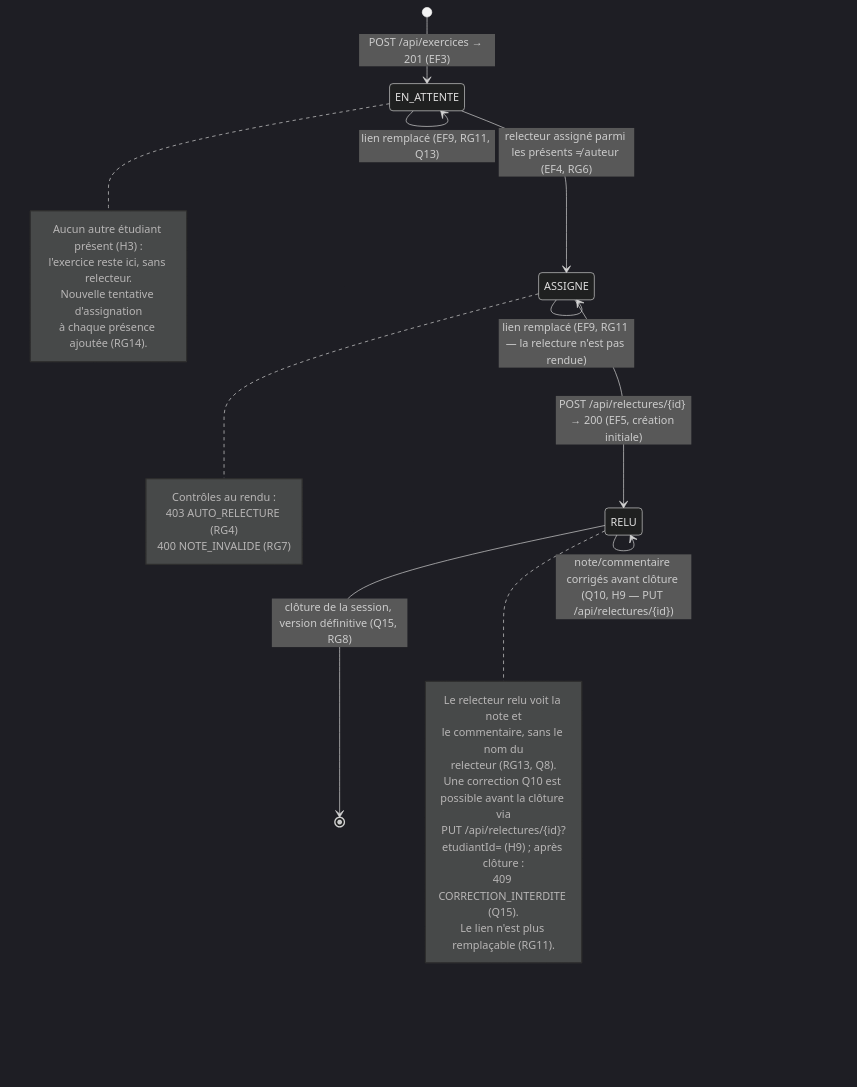
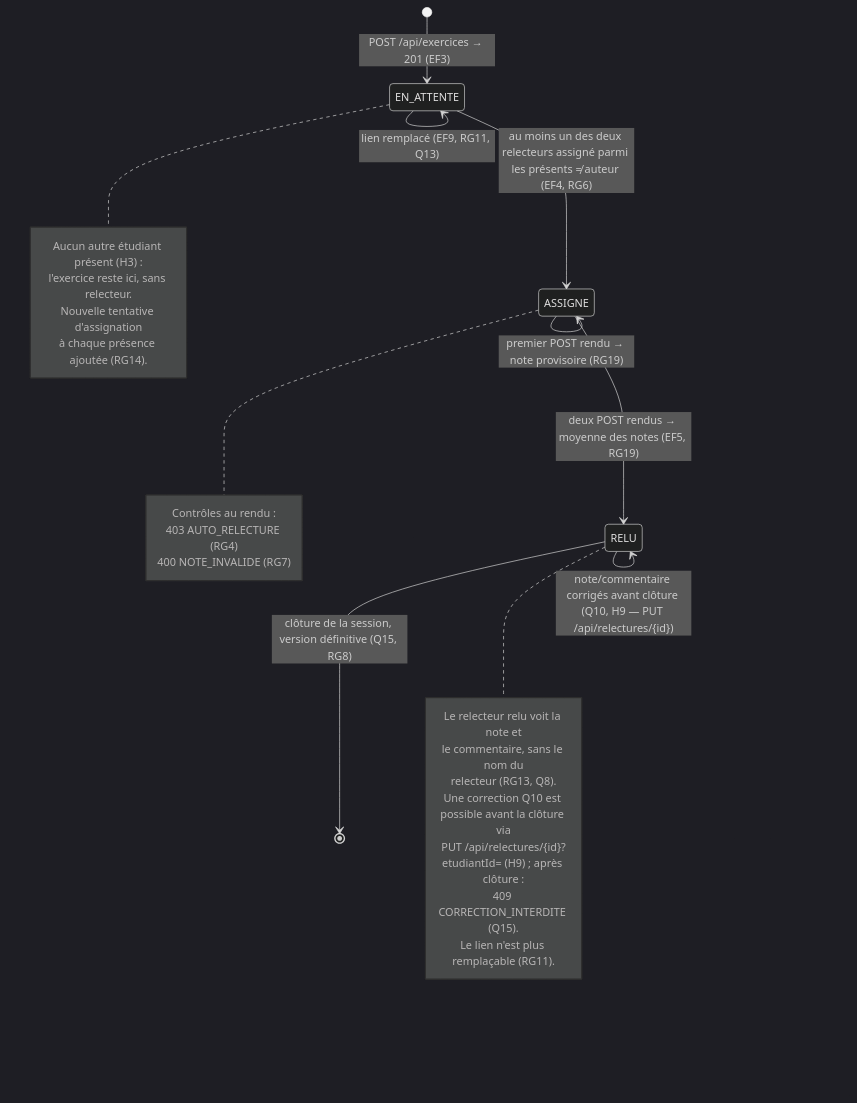
The diagram in docs/diagrammes/D4-etats-exercice.md (steph0502/kfokam48-epreuve-258), drawn with Mermaid (dark theme) before and after one commit. The commit also changed 5 other files, not shown here.

First line of the commit message:
docs(etape-3): documenter deux relecteurs et le provisoire

````diff
--- a/docs/diagrammes/D4-etats-exercice.md
+++ b/docs/diagrammes/D4-etats-exercice.md
@@ -5,36 +5,37 @@
 ```mermaid
 stateDiagram-v2
     [*] --> EN_ATTENTE : POST /api/exercices → 201 (EF3)
 
     EN_ATTENTE --> EN_ATTENTE : lien remplacé (EF9, RG11, Q13)
-    EN_ATTENTE --> ASSIGNE : relecteur assigné parmi les présents ≠ auteur (EF4, RG6)
+    EN_ATTENTE --> ASSIGNE : au moins un des deux relecteurs assigné parmi les présents ≠ auteur (EF4, RG6)
 
     note right of EN_ATTENTE
         Aucun autre étudiant présent (H3) :
         l'exercice reste ici, sans relecteur.
         Nouvelle tentative d'assignation
         à chaque présence ajoutée (RG14).
     end note
 
     ASSIGNE --> ASSIGNE : lien remplacé (EF9, RG11 — la relecture n'est pas rendue)
-    ASSIGNE --> RELU : POST /api/relectures/{id} → 200 (EF5, création initiale)
+    ASSIGNE --> ASSIGNE : premier POST rendu → note provisoire (RG19)
+    ASSIGNE --> RELU : deux POST rendus → moyenne des notes (EF5, RG19)
 
     note right of ASSIGNE
         Contrôles au rendu :
         403 AUTO_RELECTURE (RG4)
         400 NOTE_INVALIDE (RG7)
     end note
 
     RELU --> RELU : note/commentaire corrigés avant clôture (Q10, H9 — PUT /api/relectures/{id})
     RELU --> [*] : clôture de la session, version définitive (Q15, RG8)
 
     note right of RELU
         Le relecteur relu voit la note et
         le commentaire, sans le nom du
         relecteur (RG13, Q8).
         Une correction Q10 est possible avant la clôture via
         PUT /api/relectures/{id}?etudiantId= (H9) ; après clôture :
         409 CORRECTION_INTERDITE (Q15).
         Le lien n'est plus remplaçable (RG11).
     end note
 ```
````
